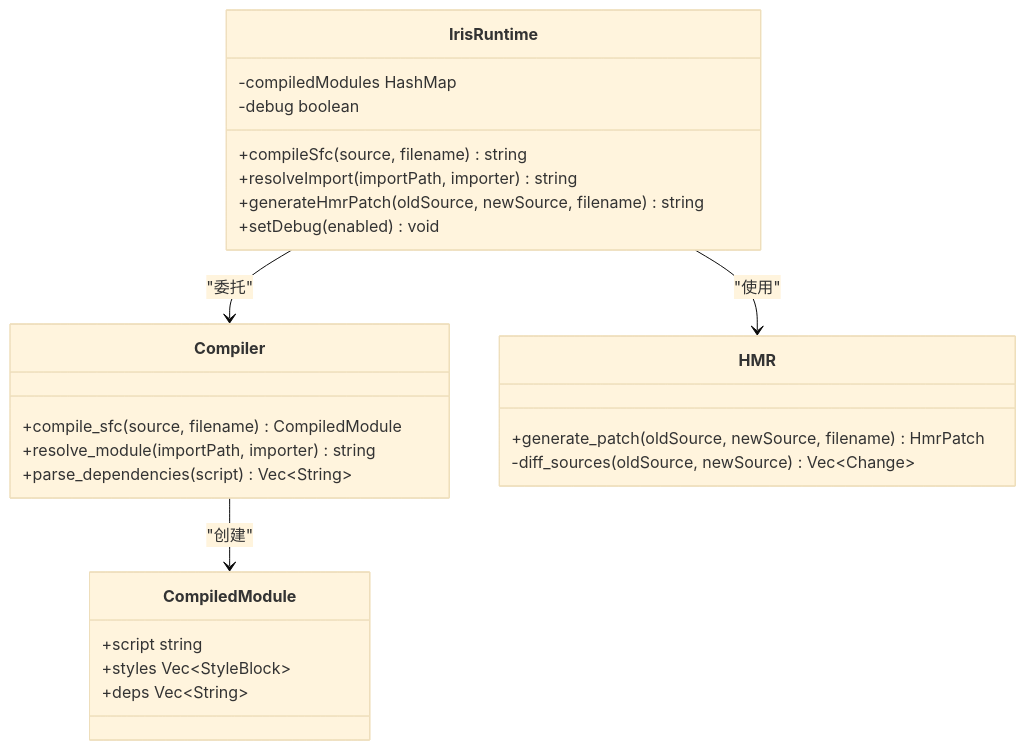
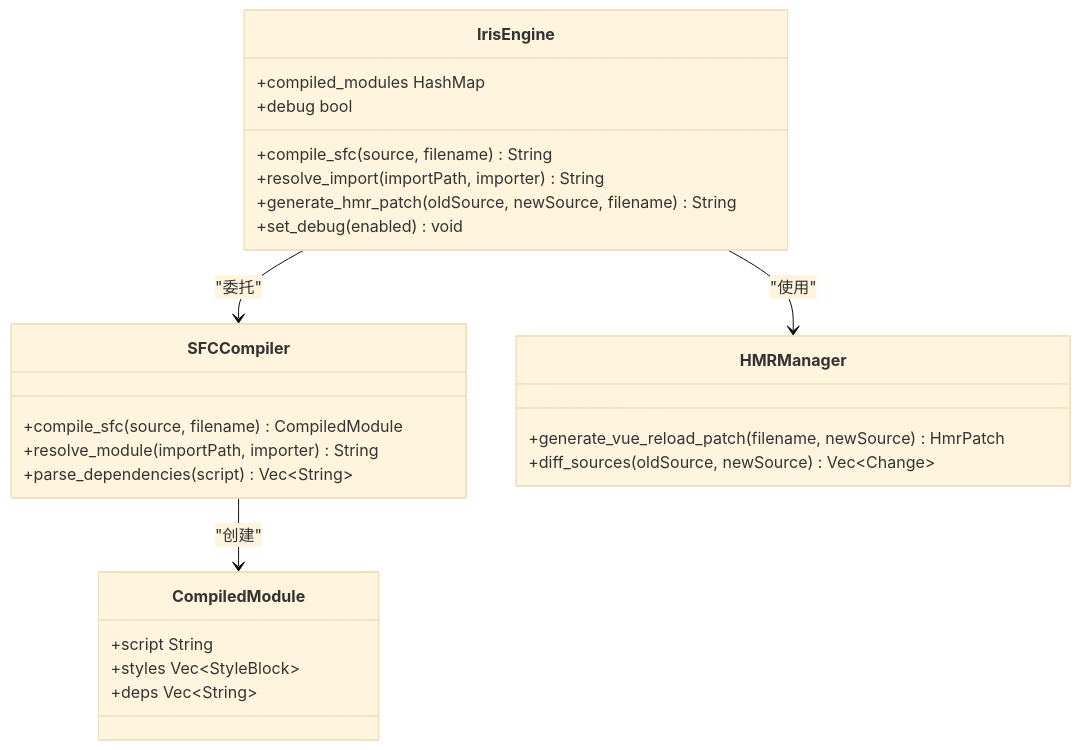
Before and after one commit to itszzl-sudo/iris: the sixth of 10 diagrams in .qoder/repowiki/zh/content/核心功能特性/Vue项目检测功能指南.md, drawn with Mermaid (base theme). The commit also changed other lines of this file and 23 other files, not shown here.

````diff
--- a/.qoder/repowiki/zh/content/核心功能特性/Vue项目检测功能指南.md
+++ b/.qoder/repowiki/zh/content/核心功能特性/Vue项目检测功能指南.md
@@ -297,28 +294,28 @@
 ```mermaid
 classDiagram
-class IrisRuntime {
-+compileSfc(source, filename) string
-+resolveImport(importPath, importer) string
-+generateHmrPatch(oldSource, newSource, filename) string
-+setDebug(enabled) void
--compiledModules HashMap
--debug boolean
+class IrisEngine {
++compile_sfc(source, filename) String
++resolve_import(importPath, importer) String
++generate_hmr_patch(oldSource, newSource, filename) String
++set_debug(enabled) void
++compiled_modules HashMap
++debug bool
 }
-class Compiler {
+class SFCCompiler {
 +compile_sfc(source, filename) CompiledModule
-+resolve_module(importPath, importer) string
++resolve_module(importPath, importer) String
 +parse_dependencies(script) Vec~String~
 }
-class HMR {
-+generate_patch(oldSource, newSource, filename) HmrPatch
--diff_sources(oldSource, newSource) Vec~Change~
+class HMRManager {
++generate_vue_reload_patch(filename, newSource) HmrPatch
++diff_sources(oldSource, newSource) Vec~Change~
 }
 class CompiledModule {
-+script string
++script String
 +styles Vec~StyleBlock~
 +deps Vec~String~
 }
-IrisRuntime --> Compiler : "委托"
-IrisRuntime --> HMR : "使用"
-Compiler --> CompiledModule : "创建"
+IrisEngine --> SFCCompiler : "委托"
+IrisEngine --> HMRManager : "使用"
+SFCCompiler --> CompiledModule : "创建"
 ```
````
